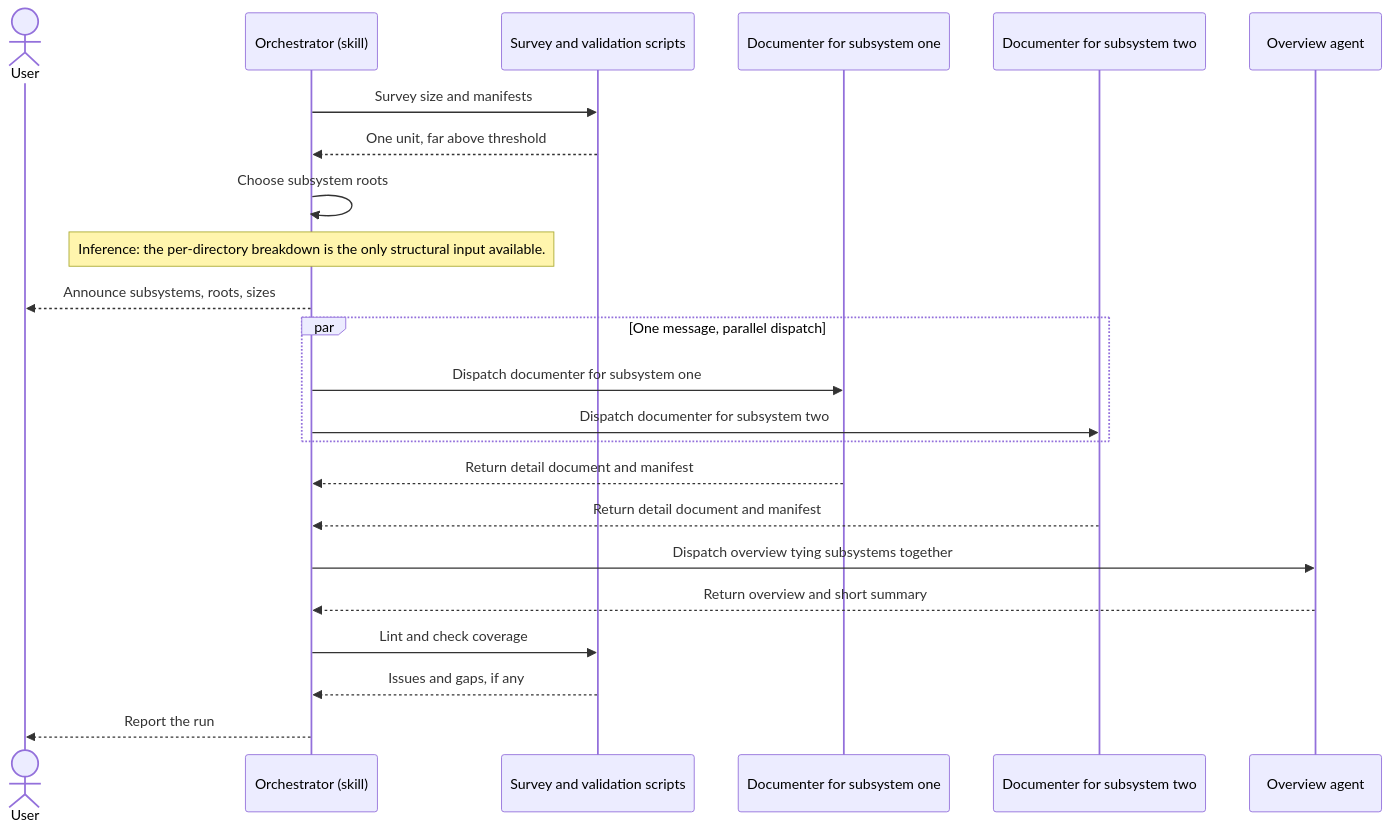
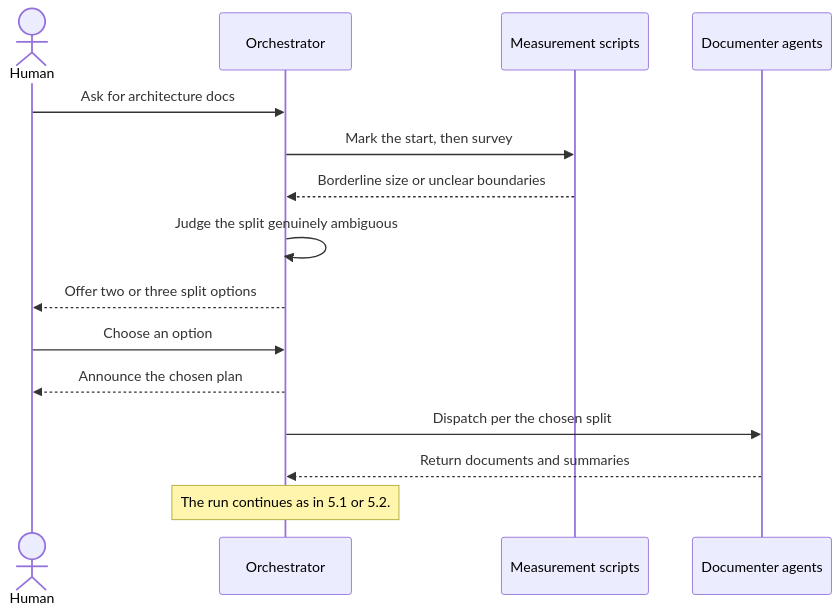
One commit to peterlit/quiller-claude-plugins changed diagram 11 of 16 in docs/architecture/arch-docs-tools.md. Above: the diagram before and after it, drawn with Mermaid. The commit also changed other lines of this file and 5 other files, not shown here.

````diff
--- a/docs/architecture/arch-docs-tools.md
+++ b/docs/architecture/arch-docs-tools.md
@@ -508,26 +838,18 @@
 ```mermaid
 sequenceDiagram
-  actor User
-  participant Orch as Orchestrator (skill)
-  participant Scripts as Survey and validation scripts
-  participant Det1 as Documenter for subsystem one
-  participant Det2 as Documenter for subsystem two
-  participant Ovw as Overview agent
+  actor Human
+  participant Orch as Orchestrator
+  participant Scripts as Measurement scripts
+  participant Det as Documenter agents
 
-  Orch->>Scripts: Survey size and manifests
-  Scripts-->>Orch: One unit, far above threshold
-  Orch->>Orch: Choose subsystem roots
-  Note over Orch: Inference: the per-directory breakdown is the only structural input available.
-  Orch-->>User: Announce subsystems, roots, sizes
-  par One message, parallel dispatch
-    Orch->>Det1: Dispatch documenter for subsystem one
-    Orch->>Det2: Dispatch documenter for subsystem two
-  end
-  Det1-->>Orch: Return detail document and manifest
-  Det2-->>Orch: Return detail document and manifest
-  Orch->>Ovw: Dispatch overview tying subsystems together
-  Ovw-->>Orch: Return overview and short summary
-  Orch->>Scripts: Lint and check coverage
-  Scripts-->>Orch: Issues and gaps, if any
-  Orch-->>User: Report the run
+  Human->>Orch: Ask for architecture docs
+  Orch->>Scripts: Mark the start, then survey
+  Scripts-->>Orch: Borderline size or unclear boundaries
+  Orch->>Orch: Judge the split genuinely ambiguous
+  Orch-->>Human: Offer two or three split options
+  Human->>Orch: Choose an option
+  Orch-->>Human: Announce the chosen plan
+  Orch->>Det: Dispatch per the chosen split
+  Det-->>Orch: Return documents and summaries
+  Note over Orch: The run continues as in 5.1 or 5.2.
 ```
````
